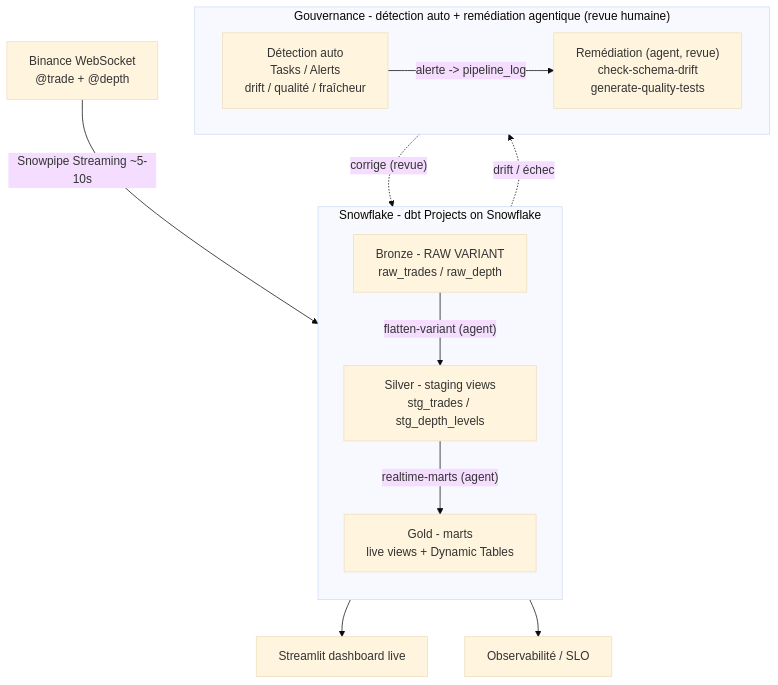
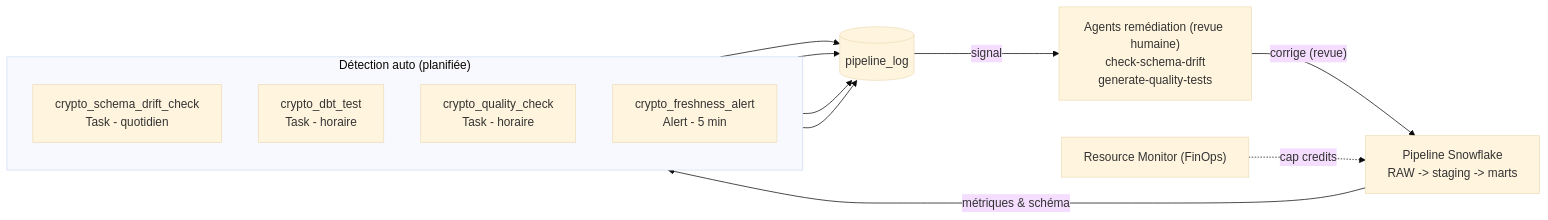
One commit to Mo-oM-1/crypto-realtime-snowflake changed the second of 2 diagrams in README.md. Above: the diagram before and after it, drawn with Mermaid (base theme). The commit also changed other lines of this file and 1 other file, not shown here.

Commit message:
docs: 2 diagrammes (pipeline medallion + gouvernance detaillee)

````diff
--- a/README.md
+++ b/README.md
@@ -32,25 +75,21 @@
 ```mermaid
-flowchart TB
-    BWS["Binance WebSocket<br/>@trade + @depth"]
-    BWS -->|"Snowpipe Streaming ~5-10s"| RAW
-
-    subgraph SF["Snowflake - dbt Projects on Snowflake"]
+flowchart LR
+    PIPE["Pipeline Snowflake<br/>RAW -> staging -> marts"]
+    subgraph DET["Détection auto (planifiée)"]
         direction TB
-        RAW["Bronze - RAW VARIANT<br/>raw_trades / raw_depth"]
-        STG["Silver - staging views<br/>stg_trades / stg_depth_levels"]
-        MARTS["Gold - marts<br/>live views + Dynamic Tables"]
-        RAW -->|"flatten-variant (agent)"| STG
-        STG -->|"realtime-marts (agent)"| MARTS
+        DRIFT["crypto_schema_drift_check<br/>Task - quotidien"]
+        DTEST["crypto_dbt_test<br/>Task - horaire"]
+        QCHK["crypto_quality_check<br/>Task - horaire"]
+        FRESH["crypto_freshness_alert<br/>Alert - 5 min"]
     end
-
-    MARTS --> DASH["Streamlit dashboard live"]
-    MARTS --> OBS["Observabilité / SLO"]
-
-    subgraph GOV["Gouvernance - détection auto + remédiation agentique (revue humaine)"]
-        direction LR
-        DET["Détection auto<br/>Tasks / Alerts<br/>drift / qualité / fraîcheur"] -->|"alerte -> pipeline_log"| REM["Remédiation (agent, revue)<br/>check-schema-drift<br/>generate-quality-tests"]
-    end
-
-    SF -.->|"drift / échec"| GOV
-    GOV -.->|"corrige (revue)"| SF
+    LOG[("pipeline_log")]
+    REM["Agents remédiation (revue humaine)<br/>check-schema-drift<br/>generate-quality-tests"]
+    PIPE -->|"métriques & schéma"| DET
+    DRIFT --> LOG
+    DTEST --> LOG
+    QCHK --> LOG
+    FRESH --> LOG
+    LOG -->|"signal"| REM
+    REM -->|"corrige (revue)"| PIPE
+    RM["Resource Monitor (FinOps)"] -.->|"cap credits"| PIPE
 ```
````
